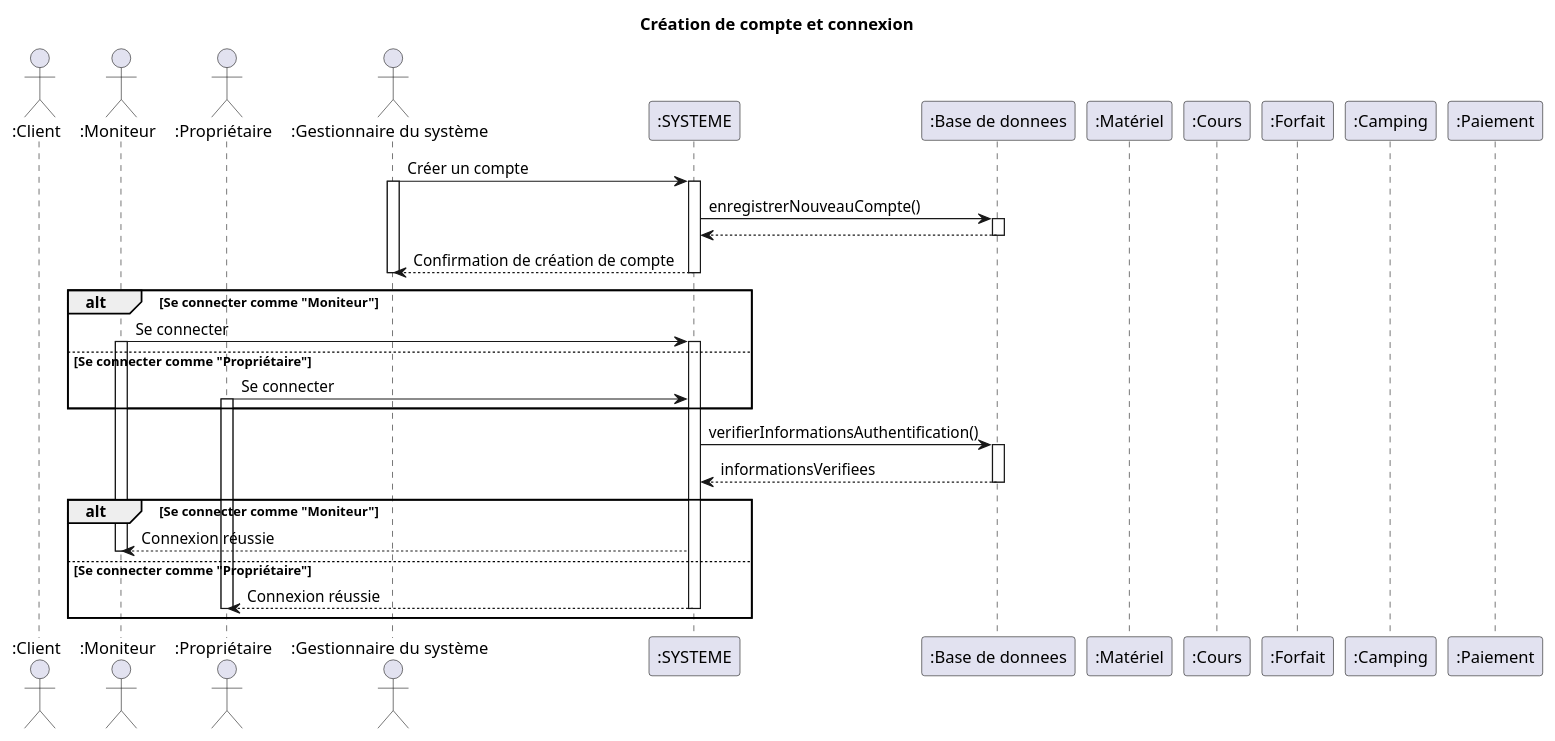
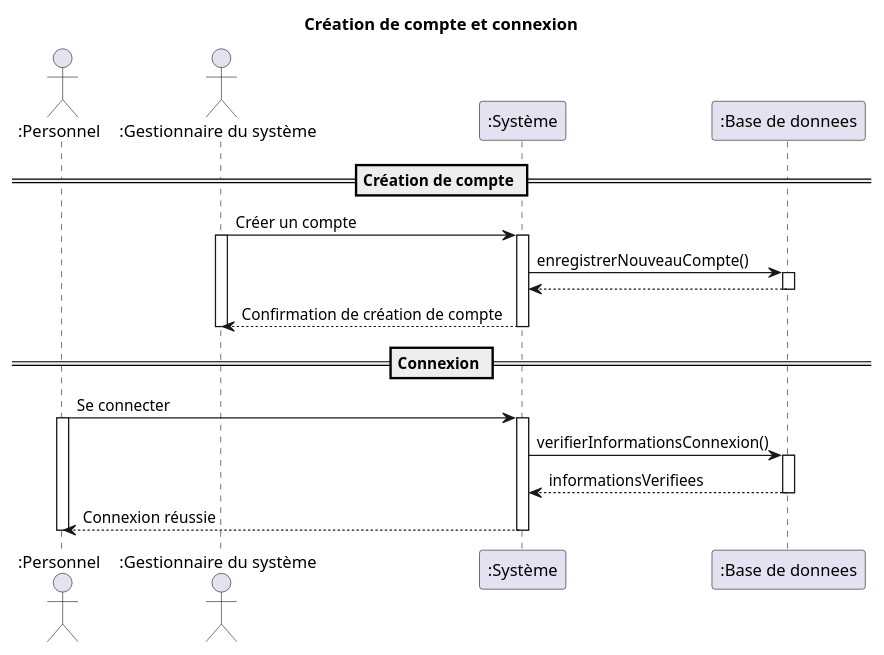
Before and after one commit to Hugo-COLLIN/MIAGE_CSI_NauticalClub: the diagram in docs/1-analysis/sequenceDiagrams/accountCreationAndConnectionSequenceDiagram.puml, drawn with PlantUML.

Commit message:
docs: account creation simplification

```diff
--- a/docs/1-analysis/sequenceDiagrams/accountCreationAndConnectionSequenceDiagram.puml
+++ b/docs/1-analysis/sequenceDiagrams/accountCreationAndConnectionSequenceDiagram.puml
@@ -1,59 +1,35 @@
 @startuml
-actor ":Client" as C
-actor ":Moniteur" as M
-actor ":Propriétaire" as P
+actor ":Personnel" as P
 actor ":Gestionnaire du système" as A
-participant ":SYSTEME" as App
+participant ":Système" as App
 participant ":Base de donnees" as DB
-participant ":Matériel" as Mat
-participant ":Cours" as Cour
-participant ":Forfait" as Forf
-participant ":Camping" as Camp
-participant ":Paiement" as Pay
 
 title Création de compte et connexion
 
-' --- Création de compte ---
+== Création de compte ==
+
 A -> App : Créer un compte
 activate A
 activate App
 App -> DB : enregistrerNouveauCompte()
 activate DB
 DB --> App
 deactivate DB
 App --> A : Confirmation de création de compte
 deactivate App
 deactivate A
 
-/'
-alt Inscription par le Moniteur
-    M -> App : Indiquer affiliation à un camping partenaire
-else Inscription par le Propriétaire
-    P -> App : Indiquer affiliation à un camping partenaire
-end
-'/
+== Connexion ==
+P -> App : Se connecter
+activate P
+activate App
 
-' --- Authentification ---
-alt Se connecter comme "Moniteur"
-    M -> App : Se connecter
-    activate M
-    activate App
-else Se connecter comme "Propriétaire"
-    P -> App : Se connecter
-    activate P
-end
-
-App -> DB : verifierInformationsAuthentification()
+App -> DB : verifierInformationsConnexion()
 activate DB
 DB --> App : informationsVerifiees
 deactivate DB
 
-alt Se connecter comme "Moniteur"
-    App --> M : Connexion réussie
-    deactivate M
-else Se connecter comme "Propriétaire"
-    App --> P : Connexion réussie
-    deactivate P
-    deactivate App
-end
+App --> P : Connexion réussie
+deactivate P
+deactivate App
 @enduml
```
